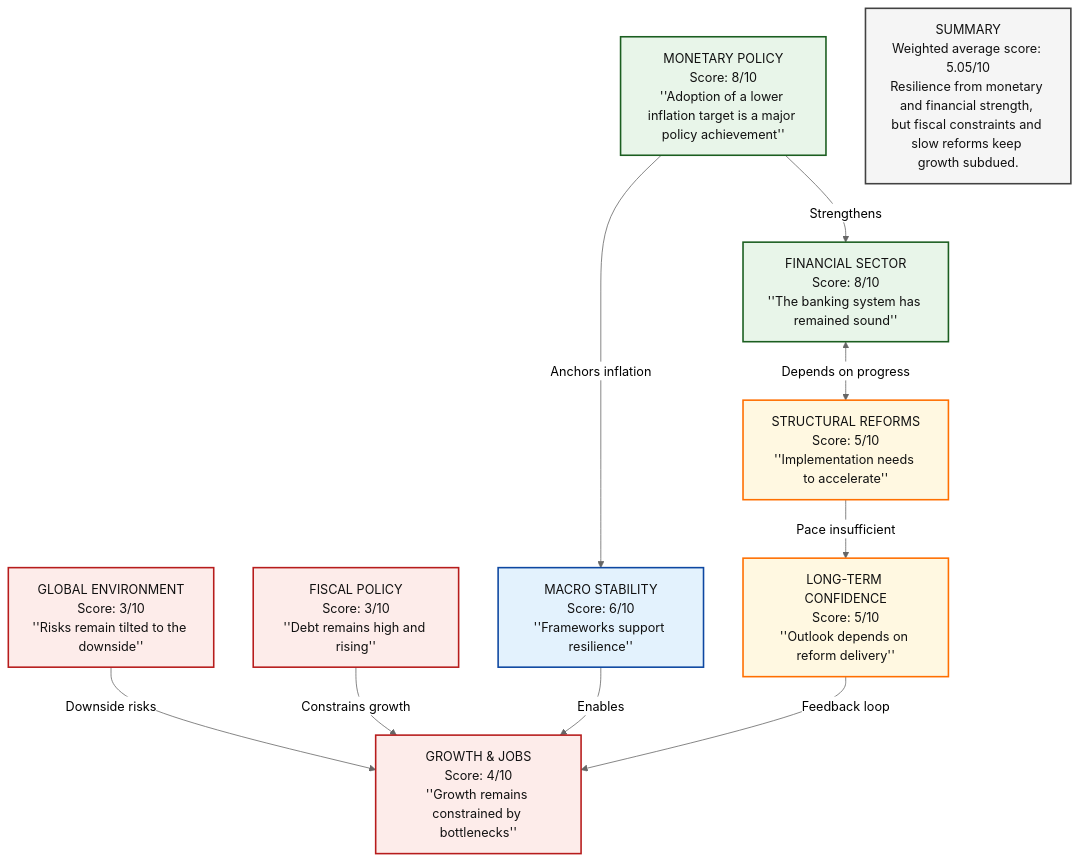
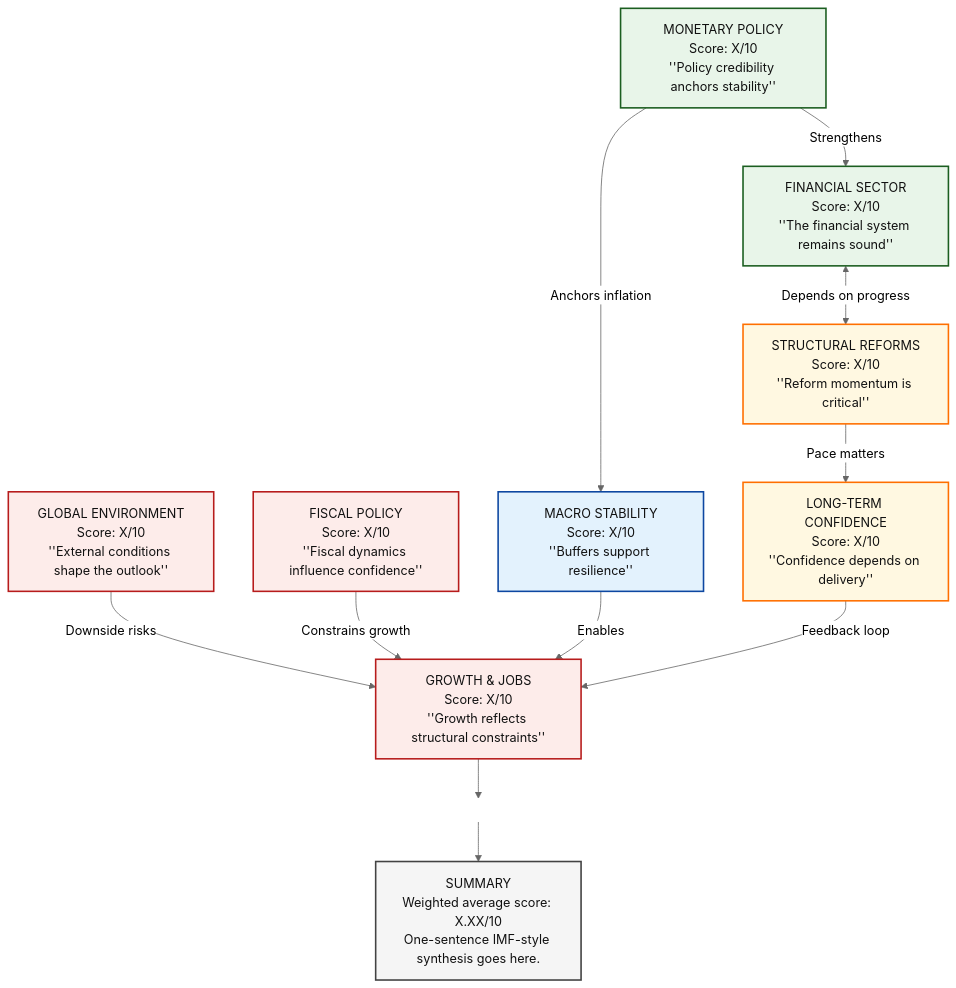
Before and after one commit to Tellusant/docs: the second of 2 diagrams in articles-posts/economic-sentiment-zaf.md, drawn with Mermaid (neutral theme).

```diff
--- a/articles-posts/economic-sentiment-zaf.md
+++ b/articles-posts/economic-sentiment-zaf.md
@@ -35,34 +35,40 @@
 <div class="mermaid">
 flowchart TD
 
-%% ========= NODES (TITLE + SCORE + ONE QUOTE) =========
-GE["GLOBAL ENVIRONMENT\nScore: 3/10\n''Risks remain tilted to the downside''"]:::risk
-FP["FISCAL POLICY\nScore: 3/10\n''Debt remains high and rising''"]:::risk
-GJ["GROWTH & JOBS\nScore: 4/10\n''Growth remains constrained by bottlenecks''"]:::risk
-MP["MONETARY POLICY\nScore: 8/10\n''Adoption of a lower inflation target is a major policy achievement''"]:::strong
-MS["MACRO STABILITY\nScore: 6/10\n''Frameworks support resilience''"]:::neutral
-FS["FINANCIAL SECTOR\nScore: 8/10\n''The banking system has remained sound''"]:::strong
-SR["STRUCTURAL REFORMS\nScore: 5/10\n''Implementation needs to accelerate''"]:::mixed
-LC["LONG-TERM CONFIDENCE\nScore: 5/10\n''Outlook depends on reform delivery''"]:::mixed
+%% ========= NODES =========
+GE["GLOBAL ENVIRONMENT\nScore: X/10\n''External conditions shape the outlook''"]:::risk
+FP["FISCAL POLICY\nScore: X/10\n''Fiscal dynamics influence confidence''"]:::risk
+GJ["GROWTH & JOBS\nScore: X/10\n''Growth reflects structural constraints''"]:::risk
+MP["MONETARY POLICY\nScore: X/10\n''Policy credibility anchors stability''"]:::strong
+MS["MACRO STABILITY\nScore: X/10\n''Buffers support resilience''"]:::neutral
+FS["FINANCIAL SECTOR\nScore: X/10\n''The financial system remains sound''"]:::strong
+SR["STRUCTURAL REFORMS\nScore: X/10\n''Reform momentum is critical''"]:::mixed
+LC["LONG-TERM CONFIDENCE\nScore: X/10\n''Confidence depends on delivery''"]:::mixed
 
 %% ========= RELATIONSHIPS =========
 GE -->|Downside risks| GJ
 FP -->|Constrains growth| GJ
 MP -->|Anchors inflation| MS
 MS -->|Enables| GJ
 MP -->|Strengthens| FS
 FS <-->|Depends on progress| SR
-SR -->|Pace insufficient| LC
+SR -->|Pace matters| LC
 LC -->|Feedback loop| GJ
 
-%% ========= UNCONNECTED SUMMARY BOX (no edges) =========
-SUM["SUMMARY\nWeighted average score: 5.05/10\nResilience from monetary and financial strength, but fiscal constraints and slow reforms keep growth subdued."]:::summary
+%% ========= INVISIBLE ANCHOR =========
+ANCHOR[" "]:::anchor
+GJ --> ANCHOR
 
-%% ========= STYLES (LOGICAL COLORS + stroke-width 2) =========
-classDef strong fill:#E8F5E9,stroke:#1B5E20,stroke-width:2px,color:#111;
+%% ========= SUMMARY (FORCED BELOW) =========
+SUM["SUMMARY\nWeighted average score: X.XX/10\nOne-sentence IMF-style synthesis goes here."]:::summary
+ANCHOR --> SUM
+
+%% ========= STYLES =========
+classDef strong  fill:#E8F5E9,stroke:#1B5E20,stroke-width:2px,color:#111;
 classDef neutral fill:#E3F2FD,stroke:#0D47A1,stroke-width:2px,color:#111;
-classDef mixed  fill:#FFF8E1,stroke:#FF6F00,stroke-width:2px,color:#111;
-classDef risk   fill:#FDECEA,stroke:#B71C1C,stroke-width:2px,color:#111;
+classDef mixed   fill:#FFF8E1,stroke:#FF6F00,stroke-width:2px,color:#111;
+classDef risk    fill:#FDECEA,stroke:#B71C1C,stroke-width:2px,color:#111;
 classDef summary fill:#F5F5F5,stroke:#424242,stroke-width:2px,color:#111;
+classDef anchor fill:transparent,stroke:transparent;
 
 </div>
```
